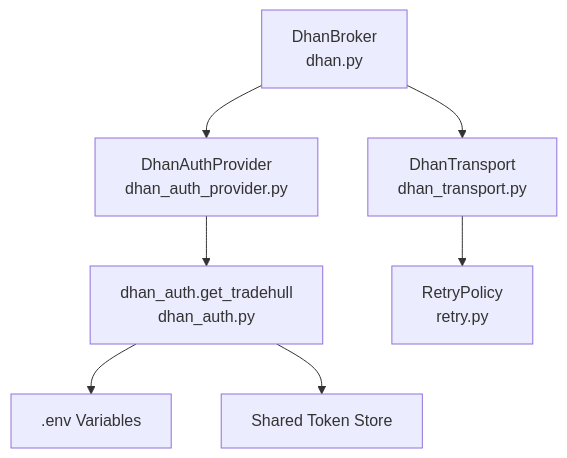
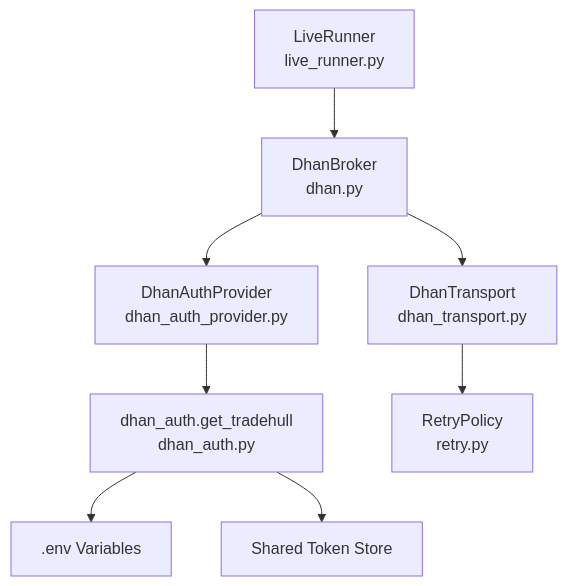
Before and after one commit to Ganesh-Kusundal/nTrade: the ninth of 9 diagrams in .qoder/repowiki/en/content/Broker Integration/Authentication & Security.md, drawn with Mermaid. The commit also changed other lines of this file and 331 other files, not shown here.

````diff
--- a/.qoder/repowiki/en/content/Broker Integration/Authentication & Security.md
+++ b/.qoder/repowiki/en/content/Broker Integration/Authentication & Security.md
@@ -479,9 +571,10 @@
 ```mermaid
 graph TB
 DhanBroker["DhanBroker<br/>dhan.py"] --> DhanAuthProvider["DhanAuthProvider<br/>dhan_auth_provider.py"]
 DhanBroker --> DhanTransport["DhanTransport<br/>dhan_transport.py"]
 DhanAuthProvider --> DhanAuth["dhan_auth.get_tradehull<br/>dhan_auth.py"]
 DhanTransport --> RetryPolicy["RetryPolicy<br/>retry.py"]
+LiveRunner["LiveRunner<br/>live_runner.py"] --> DhanBroker
 DhanAuth --> Env[".env Variables"]
 DhanAuth --> SharedStore["Shared Token Store"]
 ```
````
